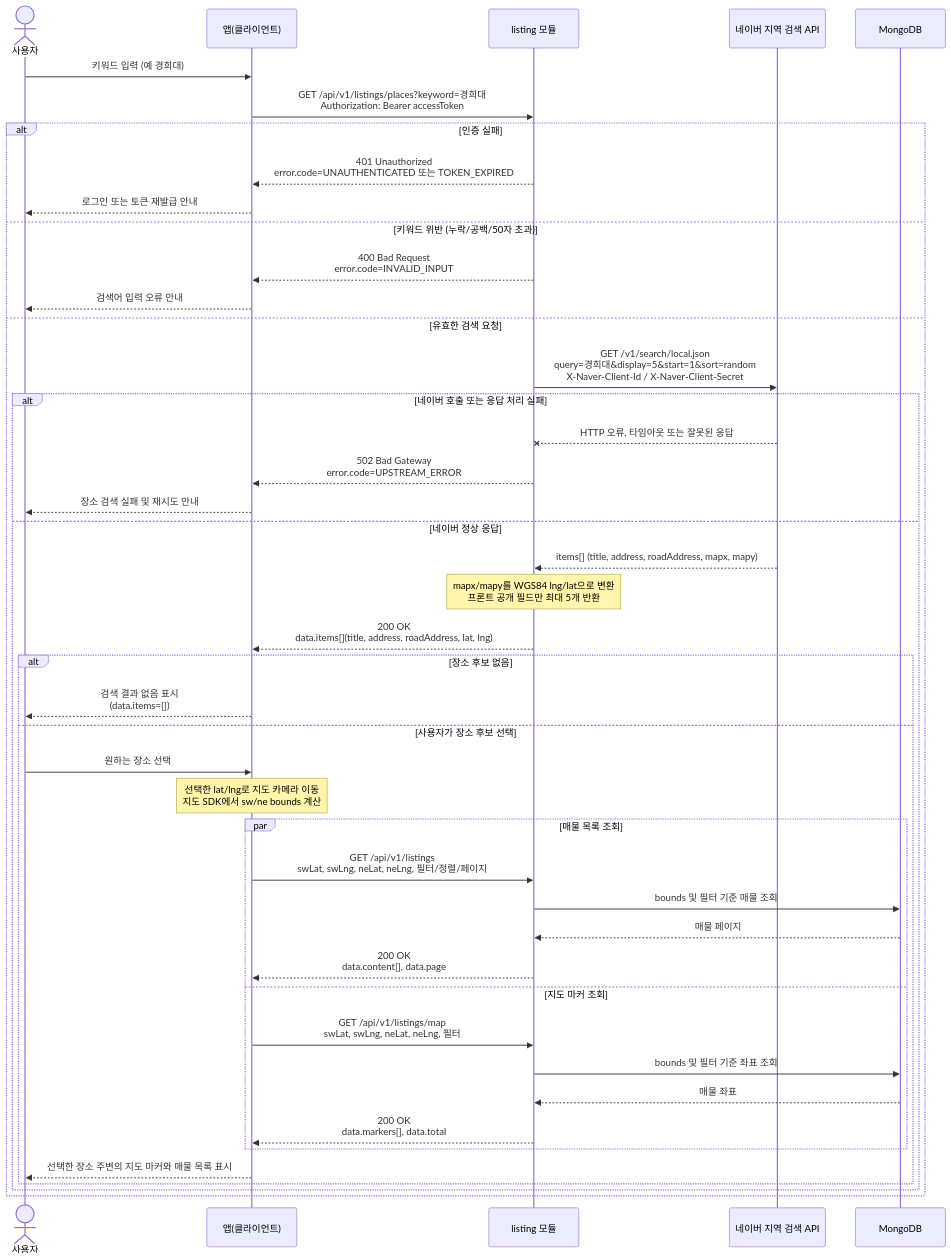
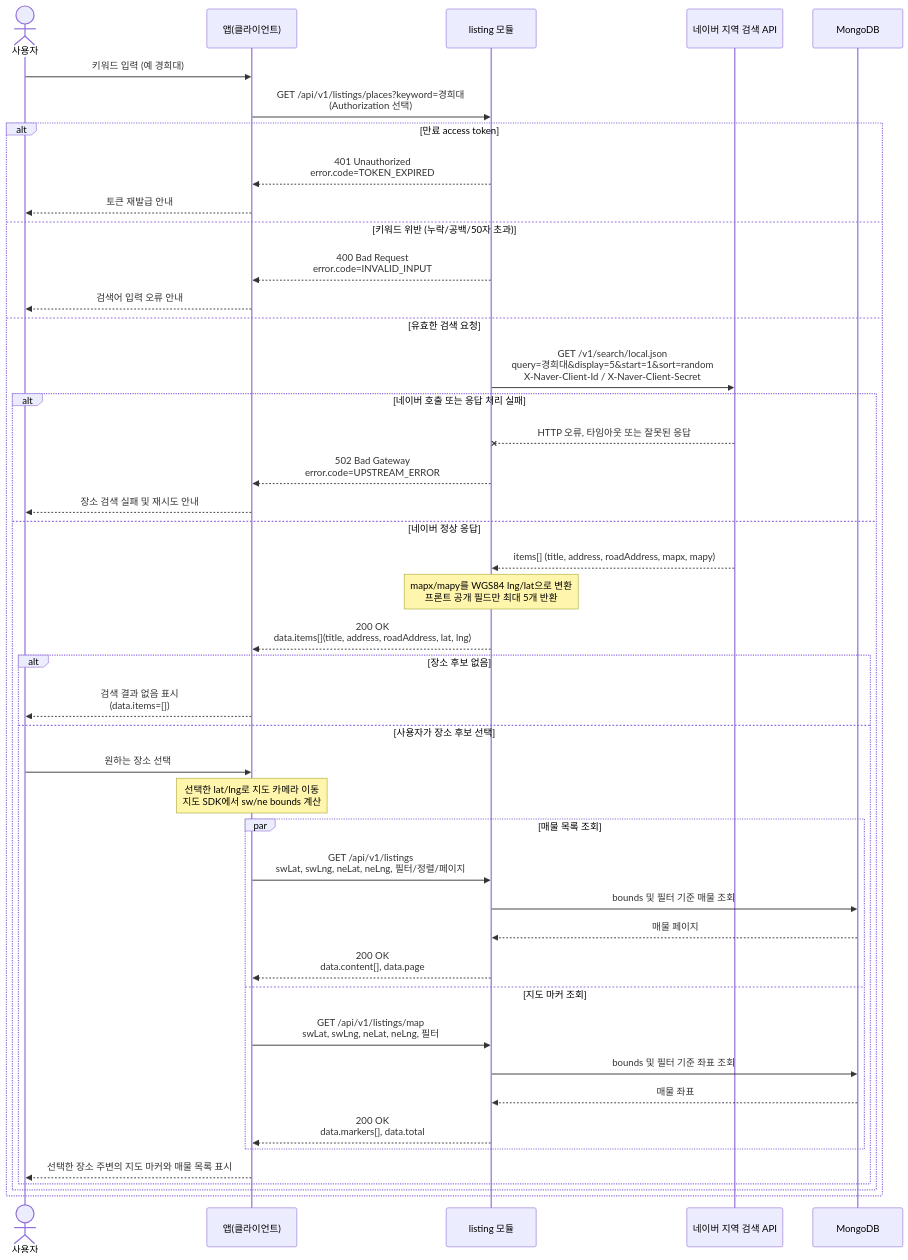
The diagram in docs/architecture/sequence-diagrams/03-listings-favorites/us-3-3-keyword-search.md (jameskim9509/Kohere-backend), drawn with Mermaid before and after one commit. The commit also changed other lines of this file and 13 other files, not shown here.

````diff
--- a/docs/architecture/sequence-diagrams/03-listings-favorites/us-3-3-keyword-search.md
+++ b/docs/architecture/sequence-diagrams/03-listings-favorites/us-3-3-keyword-search.md
@@ -5,47 +5,47 @@
 ```mermaid
 sequenceDiagram
     actor U as 사용자
     participant C as 앱(클라이언트)
     participant LIST as listing 모듈
     participant NAVER as 네이버 지역 검색 API
     participant DB as MongoDB
 
     U->>C: 키워드 입력 (예 경희대)
-    C->>LIST: GET /api/v1/listings/places?keyword=경희대<br/>Authorization: Bearer accessToken
-    alt 인증 실패
-        LIST-->>C: 401 Unauthorized<br/>error.code=UNAUTHENTICATED 또는 TOKEN_EXPIRED
-        C-->>U: 로그인 또는 토큰 재발급 안내
+    C->>LIST: GET /api/v1/listings/places?keyword=경희대<br/>(Authorization 선택)
+    alt 만료 access token
+        LIST-->>C: 401 Unauthorized<br/>error.code=TOKEN_EXPIRED
+        C-->>U: 토큰 재발급 안내
     else 키워드 위반 (누락/공백/50자 초과)
         LIST-->>C: 400 Bad Request<br/>error.code=INVALID_INPUT
         C-->>U: 검색어 입력 오류 안내
     else 유효한 검색 요청
         LIST->>NAVER: GET /v1/search/local.json<br/>query=경희대&display=5&start=1&sort=random<br/>X-Naver-Client-Id / X-Naver-Client-Secret
         alt 네이버 호출 또는 응답 처리 실패
             NAVER--xLIST: HTTP 오류, 타임아웃 또는 잘못된 응답
             LIST-->>C: 502 Bad Gateway<br/>error.code=UPSTREAM_ERROR
             C-->>U: 장소 검색 실패 및 재시도 안내
         else 네이버 정상 응답
             NAVER-->>LIST: items[] (title, address, roadAddress, mapx, mapy)
             Note over LIST: mapx/mapy를 WGS84 lng/lat으로 변환<br/>프론트 공개 필드만 최대 5개 반환
             LIST-->>C: 200 OK<br/>data.items[](title, address, roadAddress, lat, lng)
             alt 장소 후보 없음
                 C-->>U: 검색 결과 없음 표시<br/>(data.items=[])
             else 사용자가 장소 후보 선택
                 U->>C: 원하는 장소 선택
                 Note over C: 선택한 lat/lng로 지도 카메라 이동<br/>지도 SDK에서 sw/ne bounds 계산
                 par 매물 목록 조회
                     C->>LIST: GET /api/v1/listings<br/>swLat, swLng, neLat, neLng, 필터/정렬/페이지
                     LIST->>DB: bounds 및 필터 기준 매물 조회
                     DB-->>LIST: 매물 페이지
                     LIST-->>C: 200 OK<br/>data.content[], data.page
                 and 지도 마커 조회
                     C->>LIST: GET /api/v1/listings/map<br/>swLat, swLng, neLat, neLng, 필터
                     LIST->>DB: bounds 및 필터 기준 좌표 조회
                     DB-->>LIST: 매물 좌표
                     LIST-->>C: 200 OK<br/>data.markers[], data.total
                 end
                 C-->>U: 선택한 장소 주변의 지도 마커와 매물 목록 표시
             end
         end
     end
 ```
````
